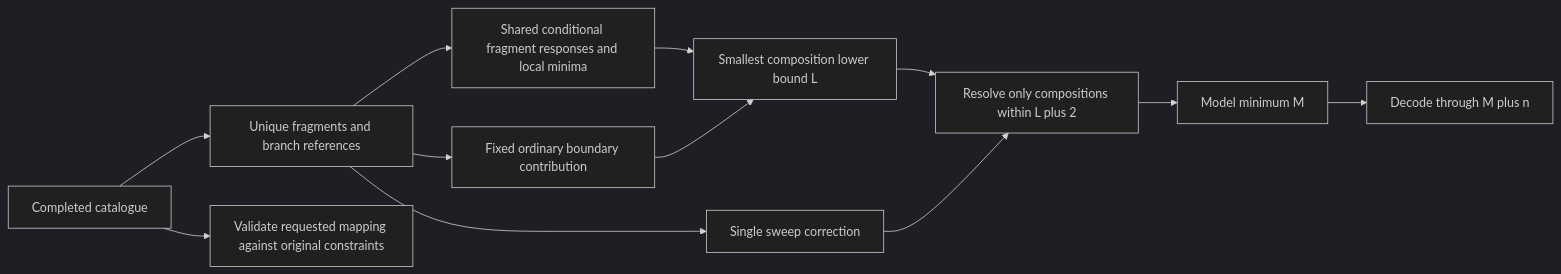
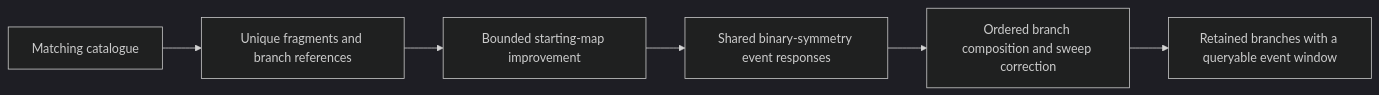
One commit to yunhzou/MAPPA-AAM changed the fifth of 6 diagrams in design.md. Above: the diagram before and after it, drawn with Mermaid (dark theme). The commit also changed other lines of this file and 80 other files, not shown here.

Commit message:
Integrate queryable binary fragment symmetry responses

````diff
--- a/design.md
+++ b/design.md
@@ -377,14 +425,8 @@
 ```mermaid
 flowchart LR
-    Catalogue[Completed catalogue] --> Inventory[Unique fragments and branch references]
-    Inventory --> Local[Shared conditional fragment responses and local minima]
-    Inventory --> Boundary[Fixed ordinary boundary contribution]
-    Inventory --> Sweep[Single sweep correction]
-    Local --> Lower[Smallest composition lower bound L]
-    Boundary --> Lower
-    Lower --> Initial[Resolve only compositions within L plus 2]
-    Sweep --> Initial
-    Initial --> Minimum[Model minimum M]
-    Minimum --> Window[Decode through M plus n]
-    Catalogue --> Realize[Validate requested mapping against original constraints]
+    Catalogue[Matching catalogue] --> Inventory[Unique fragments and branch references]
+    Inventory --> Start[Bounded starting-map improvement]
+    Start --> Response[Shared binary-symmetry event responses]
+    Response --> Branch[Ordered branch composition and sweep correction]
+    Branch --> Window[Retained branches with a queryable event window]
 ```
````
